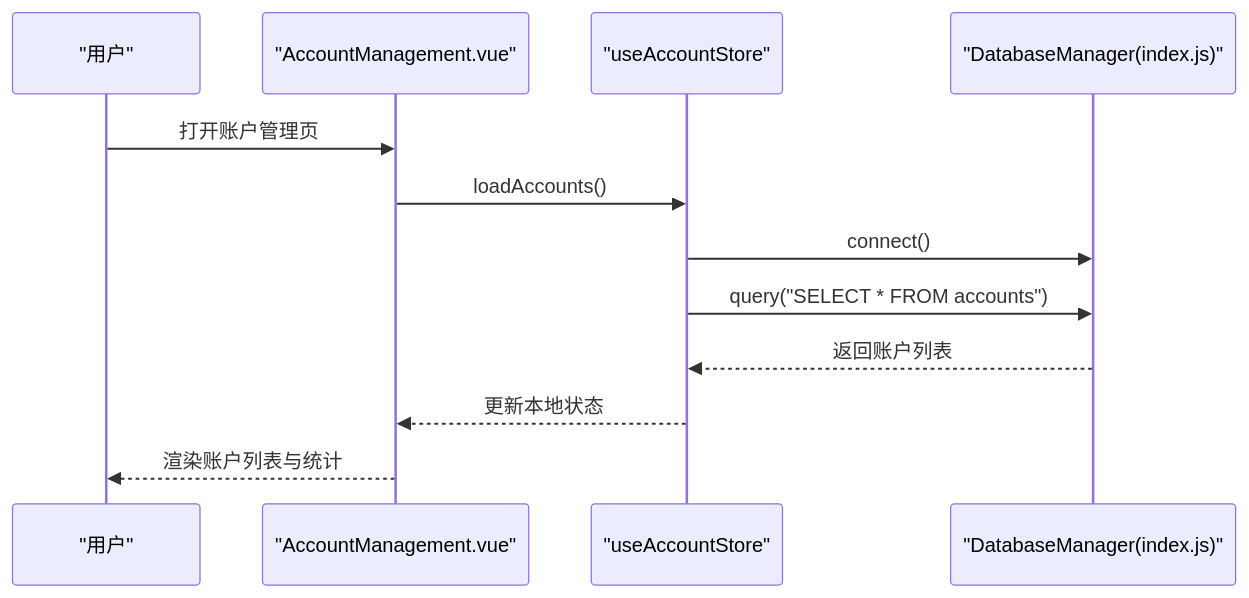
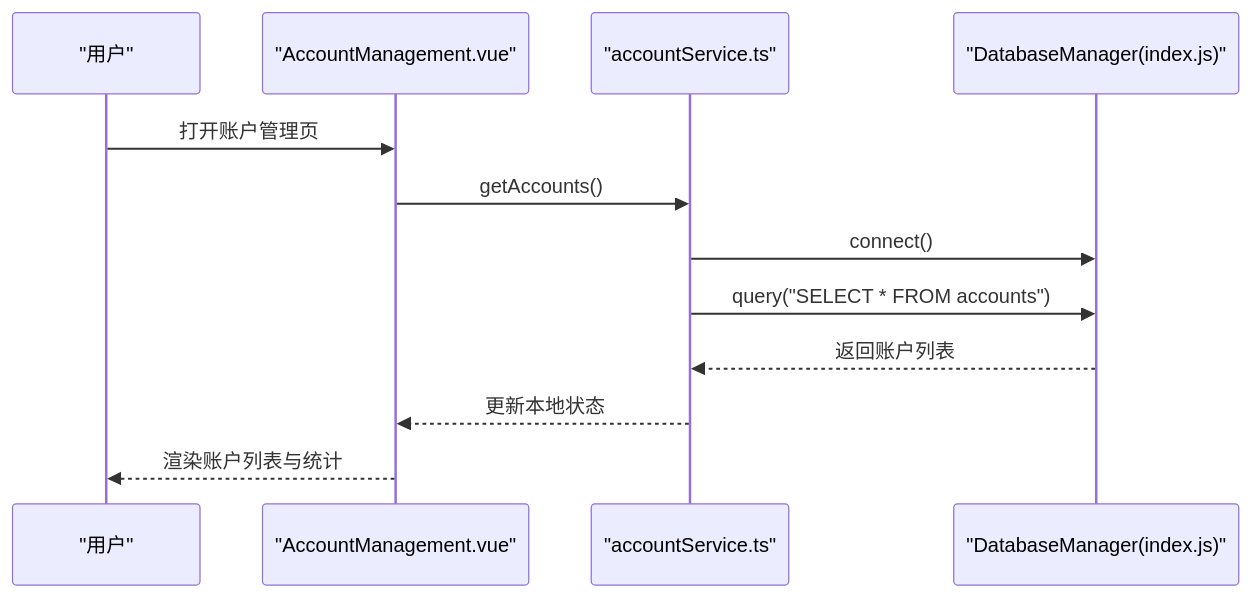
One commit to xiao-lin-unit/yuan changed the second of 11 diagrams in .qoder/repowiki/zh/content/账户管理/账户管理.md. Above: the diagram before and after it, drawn with Mermaid. The commit also changed other lines of this file and 19 other files, not shown here.

````diff
--- a/.qoder/repowiki/zh/content/账户管理/账户管理.md
+++ b/.qoder/repowiki/zh/content/账户管理/账户管理.md
@@ -112,14 +118,14 @@
 ```mermaid
 sequenceDiagram
 participant U as "用户"
 participant V as "AccountManagement.vue"
-participant S as "useAccountStore"
+participant S as "accountService.ts"
 participant DB as "DatabaseManager(index.js)"
 U->>V : 打开账户管理页
-V->>S : loadAccounts()
+V->>S : getAccounts()
 S->>DB : connect()
 S->>DB : query("SELECT * FROM accounts")
 DB-->>S : 返回账户列表
 S-->>V : 更新本地状态
 V-->>U : 渲染账户列表与统计
 ```
````
